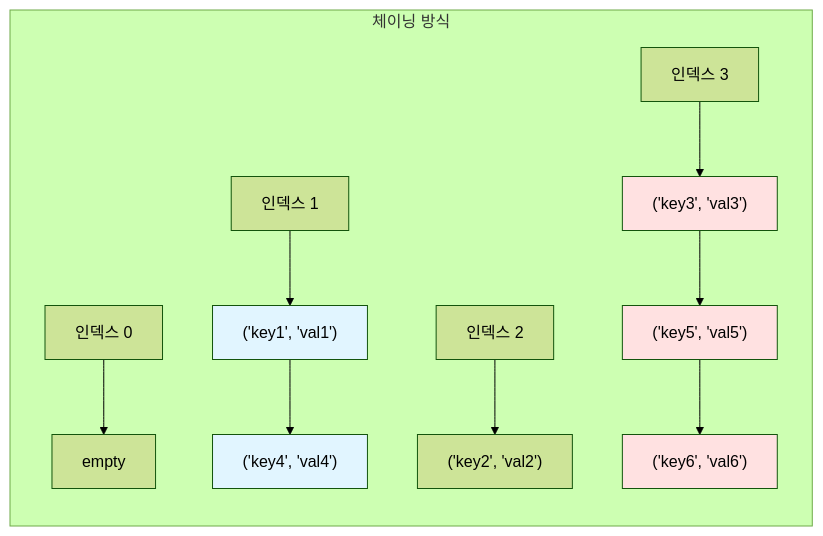
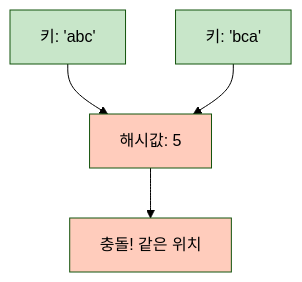
Before and after one commit to nugurejeil/weniVooks: the third of 4 diagrams in _md/essentials-codingtest/chapter03/03-3.md, drawn with Mermaid (forest theme). The commit also changed other lines of this file and 6 other files, not shown here.

````diff
--- a/_md/essentials-codingtest/chapter03/03-3.md
+++ b/_md/essentials-codingtest/chapter03/03-3.md
@@ -85,15 +73,11 @@
 ```mermaid
-graph LR
-    subgraph "체이닝 방식"
-    A["인덱스 0"] --> A1["empty"]
-    B["인덱스 1"] --> B1["('key1', 'val1')"] --> B2["('key4', 'val4')"]
-    C["인덱스 2"] --> C1["('key2', 'val2')"]
-    D["인덱스 3"] --> D1["('key3', 'val3')"] --> D2["('key5', 'val5')"] --> D3["('key6', 'val6')"]
-    end
+graph TD
+    A["키: 'abc'"] --> C["해시값: 5"]
+    B["키: 'bca'"] --> C
+    C --> D["충돌! 같은 위치"]
 
-    style B1 fill:#e1f5ff
-    style B2 fill:#e1f5ff
-    style D1 fill:#ffe1e1
-    style D2 fill:#ffe1e1
-    style D3 fill:#ffe1e1
+    style A fill:#c8e6c9
+    style B fill:#c8e6c9
+    style C fill:#ffccbc
+    style D fill:#ffccbc
 ```
````
